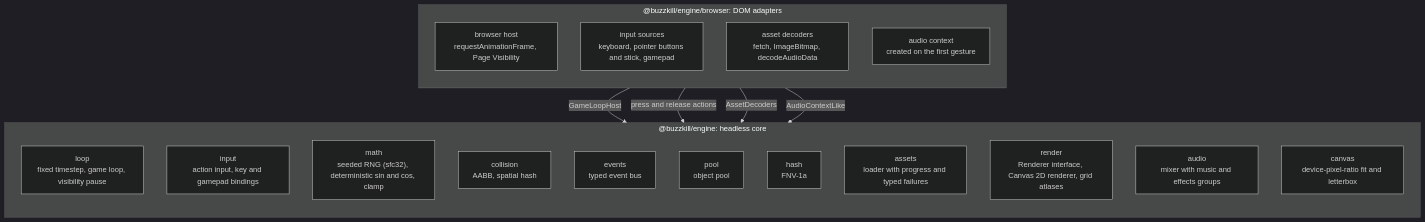
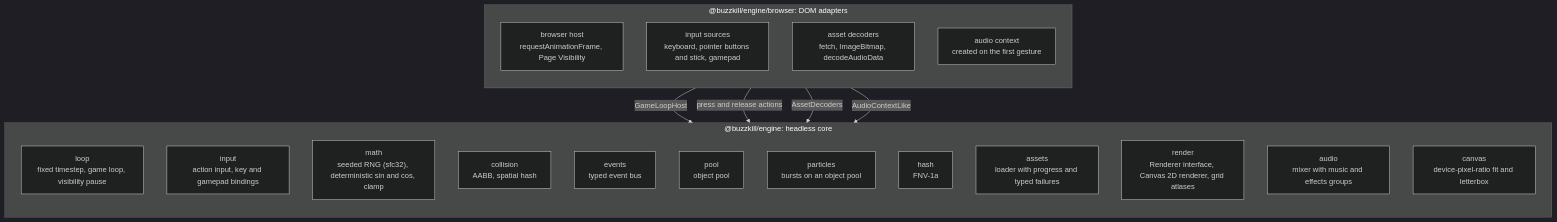
The third of 6 diagrams in docs/architecture.md (nazimajumaniyazova/buzzkill), drawn with Mermaid (dark theme) before and after one commit. The commit also changed other lines of this file and 15 other files, not shown here.

````diff
--- a/docs/architecture.md
+++ b/docs/architecture.md
@@ -111,30 +111,31 @@
 ```mermaid
 flowchart TB
   subgraph core["@buzzkill/engine: headless core"]
     direction TB
     loop["loop<br/>fixed timestep, game loop, visibility pause"]
     input["input<br/>action input, key and gamepad bindings"]
     math["math<br/>seeded RNG (sfc32), deterministic sin and cos, clamp"]
     collision["collision<br/>AABB, spatial hash"]
     events["events<br/>typed event bus"]
     pool["pool<br/>object pool"]
+    particles["particles<br/>bursts on an object pool"]
     hash["hash<br/>FNV-1a"]
     assets["assets<br/>loader with progress and typed failures"]
     render["render<br/>Renderer interface, Canvas 2D renderer, grid atlases"]
     audio["audio<br/>mixer with music and effects groups"]
     fit["canvas<br/>device-pixel-ratio fit and letterbox"]
   end
 
   subgraph adapters["@buzzkill/engine/browser: DOM adapters"]
     direction TB
     host["browser host<br/>requestAnimationFrame, Page Visibility"]
     sources["input sources<br/>keyboard, pointer buttons and stick, gamepad"]
     decoders["asset decoders<br/>fetch, ImageBitmap, decodeAudioData"]
     context["audio context<br/>created on the first gesture"]
   end
 
   host -- "GameLoopHost" --> loop
   sources -- "press and release actions" --> input
   decoders -- "AssetDecoders" --> assets
   context -- "AudioContextLike" --> audio
 ```
````
